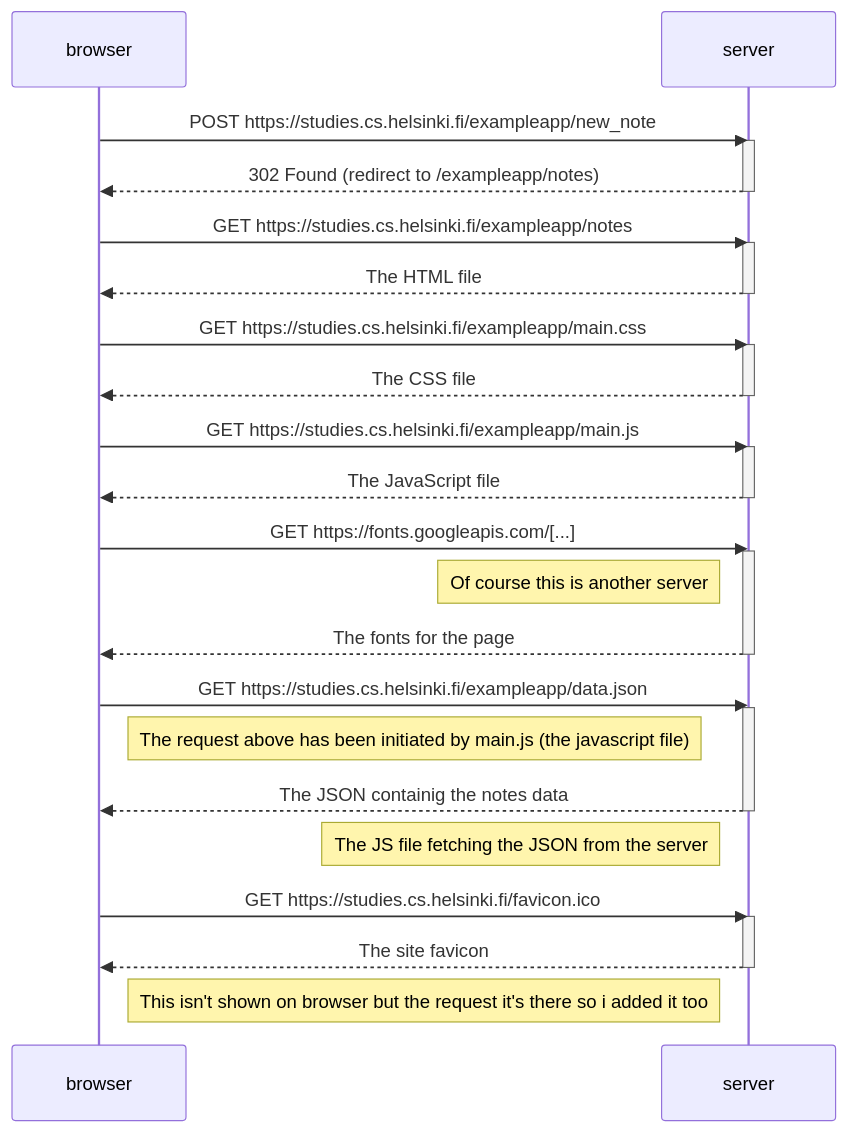
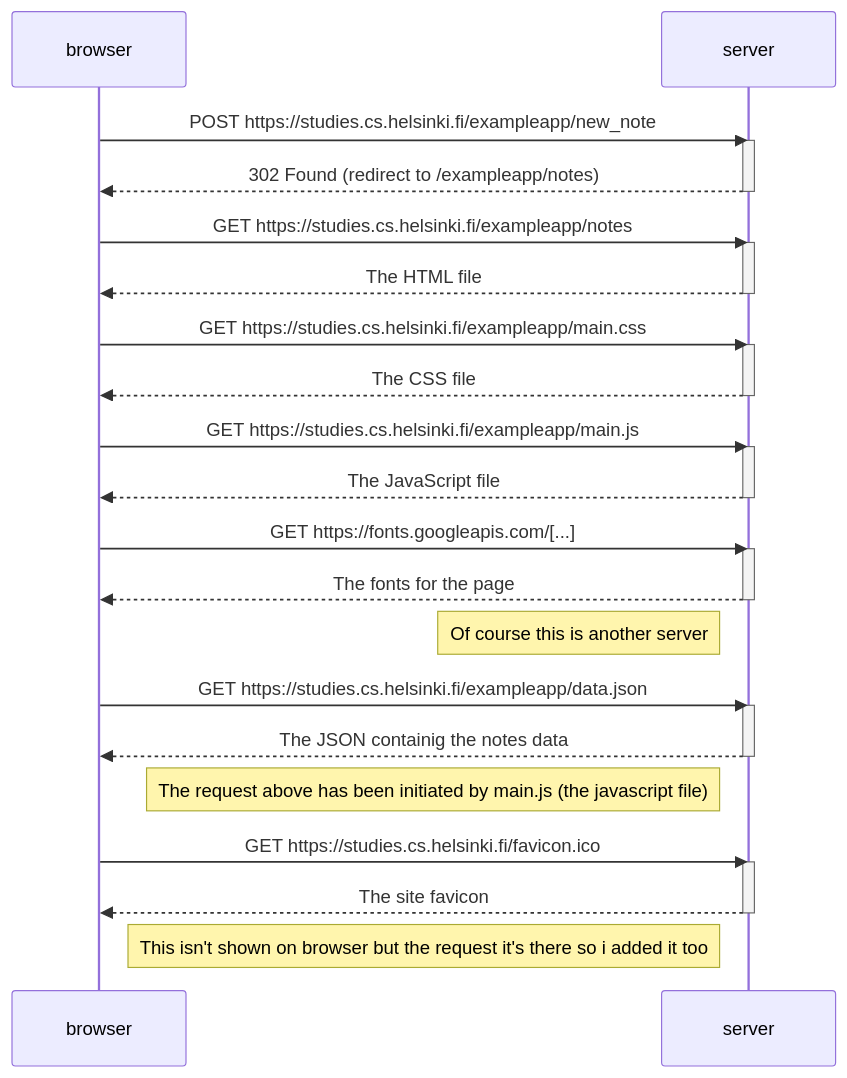
The diagram in part0/0.4-new-note-diagram.md (ololiuhqui/fullstackopen-javascript-course-exercises), drawn with Mermaid before and after one commit.

Commit message:
changed notes position to make diagram more clear

````diff
--- a/part0/0.4-new-note-diagram.md
+++ b/part0/0.4-new-note-diagram.md
@@ -1,49 +1,49 @@
 ```mermaid
 
 sequenceDiagram
 participant browser
 participant server
 
 browser->>server: POST https://studies.cs.helsinki.fi/exampleapp/new_note
 activate server
 server-->>browser: 302 Found (redirect to /exampleapp/notes)
 deactivate server
 
 browser->>server: GET https://studies.cs.helsinki.fi/exampleapp/notes
 activate server
 server-->>browser: The HTML file
 deactivate server
 
 browser->>server: GET https://studies.cs.helsinki.fi/exampleapp/main.css
 activate server
 server-->>browser: The CSS file
 deactivate server
 
 browser->>server: GET https://studies.cs.helsinki.fi/exampleapp/main.js
 activate server
 server-->>browser: The JavaScript file
 deactivate server
 
 browser->>server: GET https://fonts.googleapis.com/[...]
 activate server
-note left of server: Of course this is another server
 server-->>browser: The fonts for the page
 deactivate server
+note left of server: Of course this is another server
 
 browser->>server: GET https://studies.cs.helsinki.fi/exampleapp/data.json
 activate server
-note right of browser: The request above has been initiated by main.js (the javascript file)
 server-->>browser: The JSON containig the notes data
 deactivate server
 
-note left of server: The JS file fetching the JSON from the server
+note left of server: The request above has been initiated by main.js (the javascript file)
+
 
 browser->>server: GET https://studies.cs.helsinki.fi/favicon.ico
 activate server
 server-->>browser: The site favicon
 deactivate server
 
 note right of browser: This isn't shown on browser but the request it's there so i added it too
 
 
 ```
````
